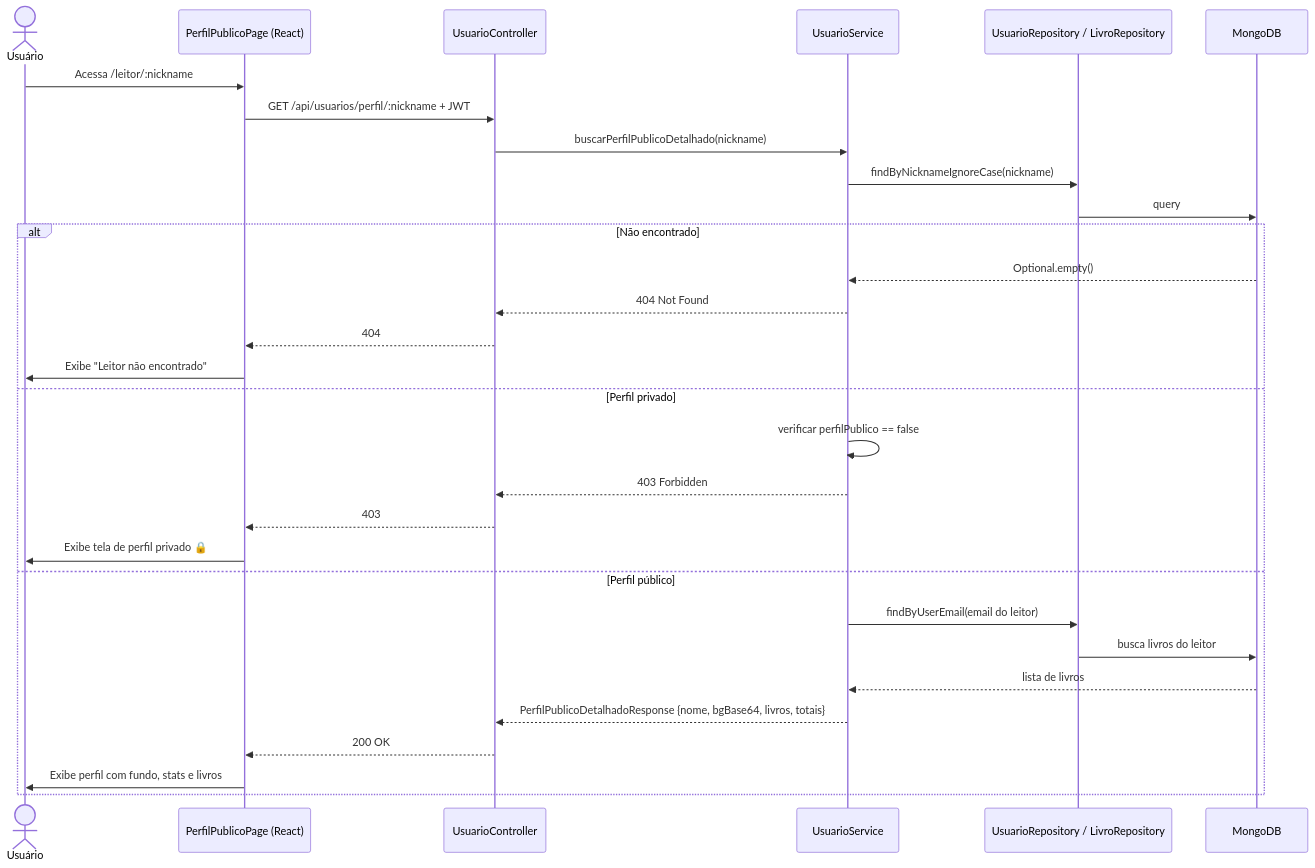
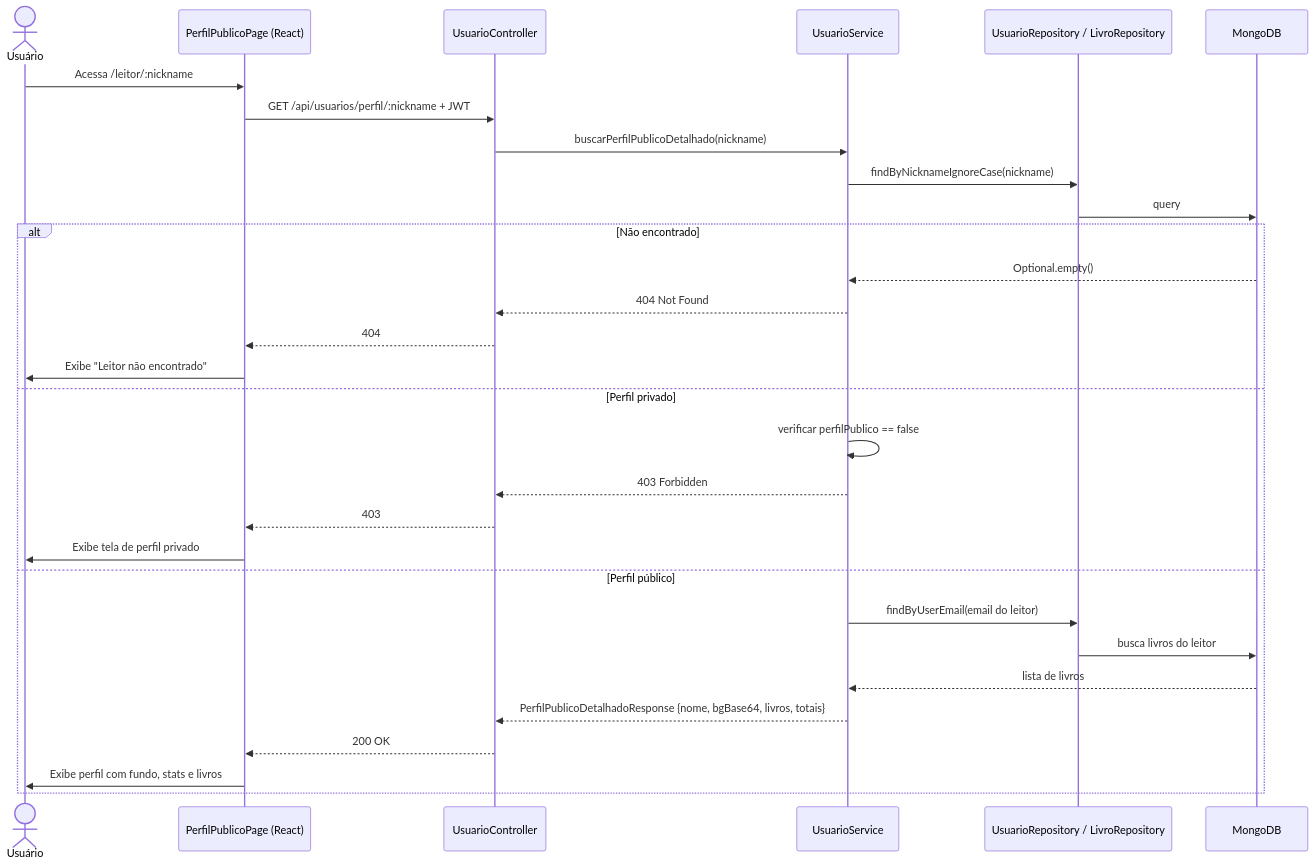
Diagram 11 of 13 in RTM.md (limmuz/biblioteca), drawn with Mermaid before and after one commit. The commit also changed other lines of this file, not shown here.

Commit message:
Reorganizando diagramas RF-13 a RF-16 e corrigindo parse error do Mermaid no RF-16

````diff
--- a/RTM.md
+++ b/RTM.md
@@ -449,33 +397,33 @@
 ```mermaid
 sequenceDiagram
     actor U as Usuário
     participant F as PerfilPublicoPage (React)
     participant C as UsuarioController
     participant S as UsuarioService
     participant R as UsuarioRepository / LivroRepository
     participant M as MongoDB
 
     U->>F: Acessa /leitor/:nickname
     F->>C: GET /api/usuarios/perfil/:nickname + JWT
     C->>S: buscarPerfilPublicoDetalhado(nickname)
     S->>R: findByNicknameIgnoreCase(nickname)
     R->>M: query
     alt Não encontrado
         M-->>S: Optional.empty()
         S-->>C: 404 Not Found
         C-->>F: 404
         F->>U: Exibe "Leitor não encontrado"
     else Perfil privado
         S->>S: verificar perfilPublico == false
         S-->>C: 403 Forbidden
         C-->>F: 403
-        F->>U: Exibe tela de perfil privado 🔒
+        F->>U: Exibe tela de perfil privado
     else Perfil público
         S->>R: findByUserEmail(email do leitor)
         R->>M: busca livros do leitor
         M-->>S: lista de livros
         S-->>C: PerfilPublicoDetalhadoResponse {nome, bgBase64, livros, totais}
         C-->>F: 200 OK
         F->>U: Exibe perfil com fundo, stats e livros
     end
 ```
````
